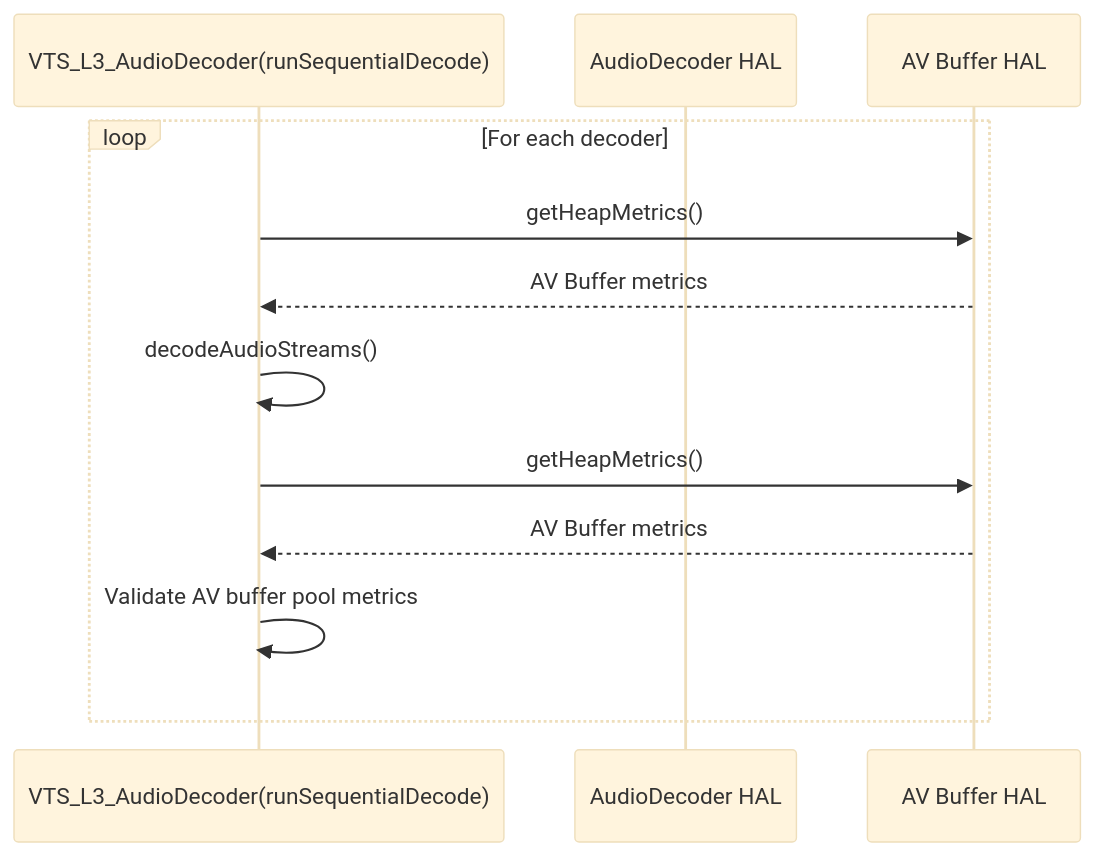
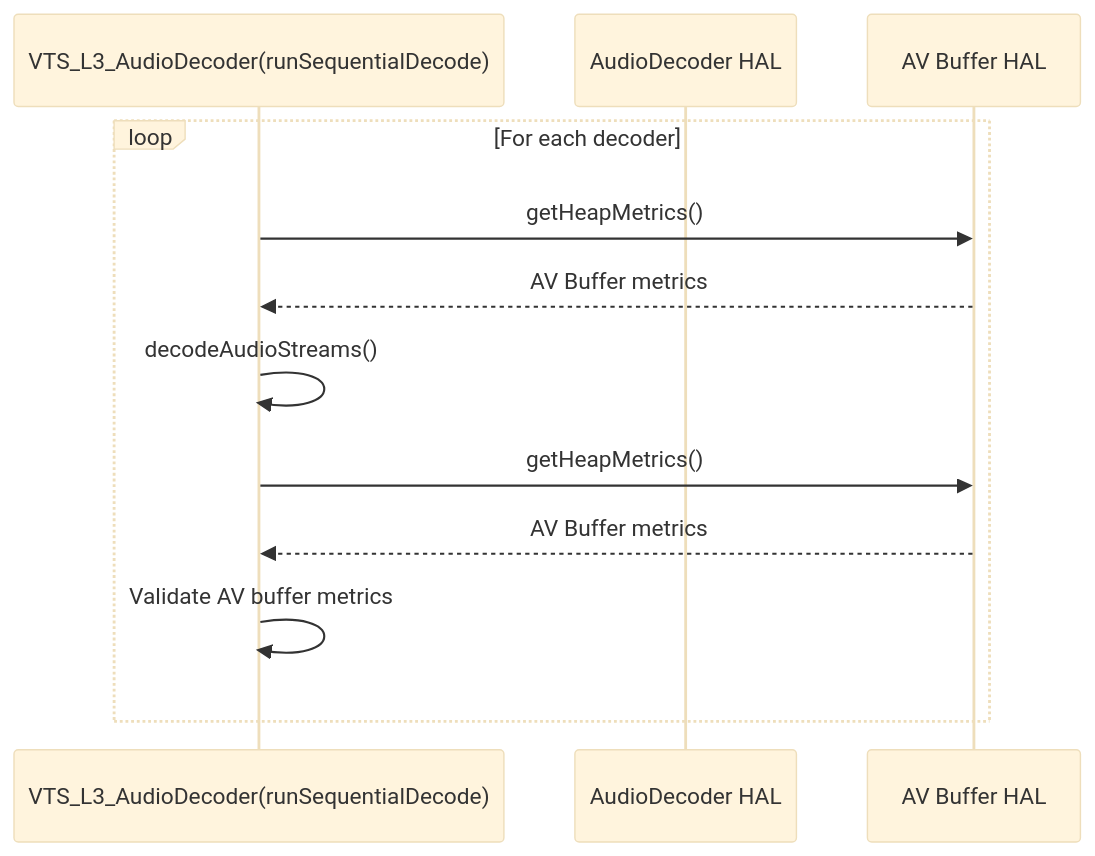
The fifth of 10 diagrams in docs/pages/audioDecoder_L3_Low-Level_TestSpecification.md (davidkoo-brcm/rdk-halif-aidl-test-audiodecoder), drawn with Mermaid (base theme) before and after one commit. The commit also changed other lines of this file and 1 other file, not shown here.

````diff
--- a/docs/pages/audioDecoder_L3_Low-Level_TestSpecification.md
+++ b/docs/pages/audioDecoder_L3_Low-Level_TestSpecification.md
@@ -256,15 +270,15 @@
 ```mermaid
 sequenceDiagram
-  participant VTS_L3_AudioDecoder(runSequentialDecode)
+  participant rundecoder as VTS_L3_AudioDecoder(runSequentialDecode)
   participant AudioDecoder HAL
   participant AV Buffer HAL
 
   loop For each decoder
-    VTS_L3_AudioDecoder(runSequentialDecode)->>AV Buffer HAL : getHeapMetrics()
-    AV Buffer HAL -->> VTS_L3_AudioDecoder(runSequentialDecode): AV Buffer metrics
-    VTS_L3_AudioDecoder(runSequentialDecode)->>VTS_L3_AudioDecoder(runSequentialDecode): decodeAudioStreams()
-    VTS_L3_AudioDecoder(runSequentialDecode)->>AV Buffer HAL : getHeapMetrics()
-    AV Buffer HAL -->> VTS_L3_AudioDecoder(runSequentialDecode): AV Buffer metrics
-    VTS_L3_AudioDecoder(runSequentialDecode)->>VTS_L3_AudioDecoder(runSequentialDecode): Validate AV buffer pool metrics
+    rundecoder->>AV Buffer HAL : getHeapMetrics()
+    AV Buffer HAL -->> rundecoder: AV Buffer metrics
+    rundecoder->>rundecoder: decodeAudioStreams()
+    rundecoder->>AV Buffer HAL : getHeapMetrics()
+    AV Buffer HAL -->> rundecoder: AV Buffer metrics
+    rundecoder->>rundecoder: Validate AV buffer metrics
   end
 ```
````
